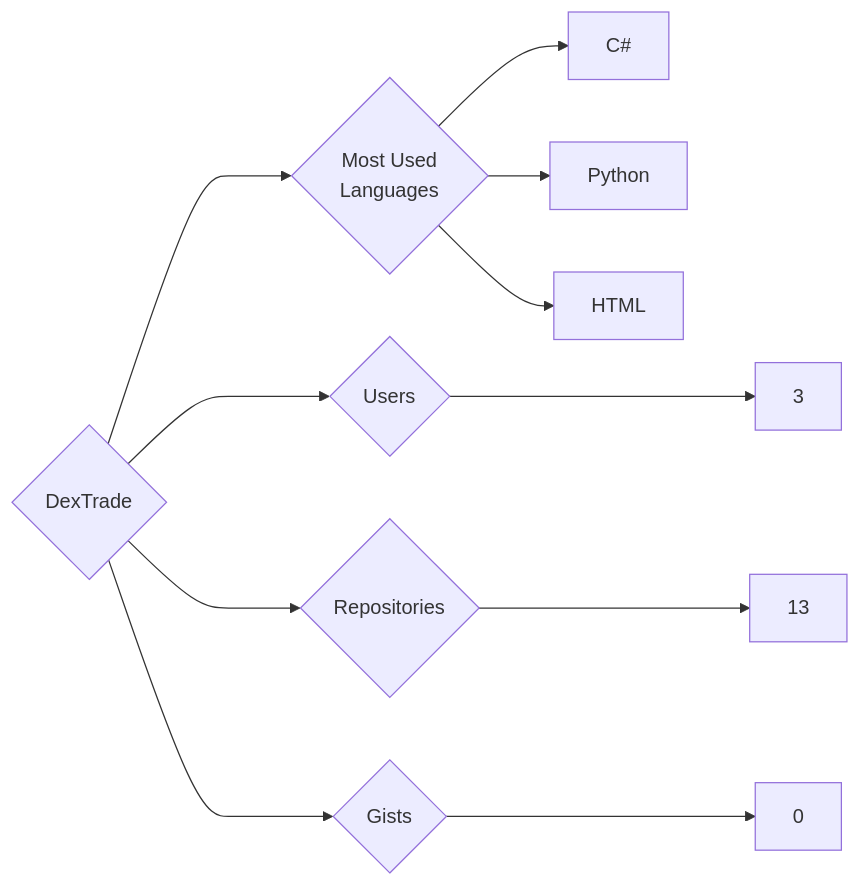
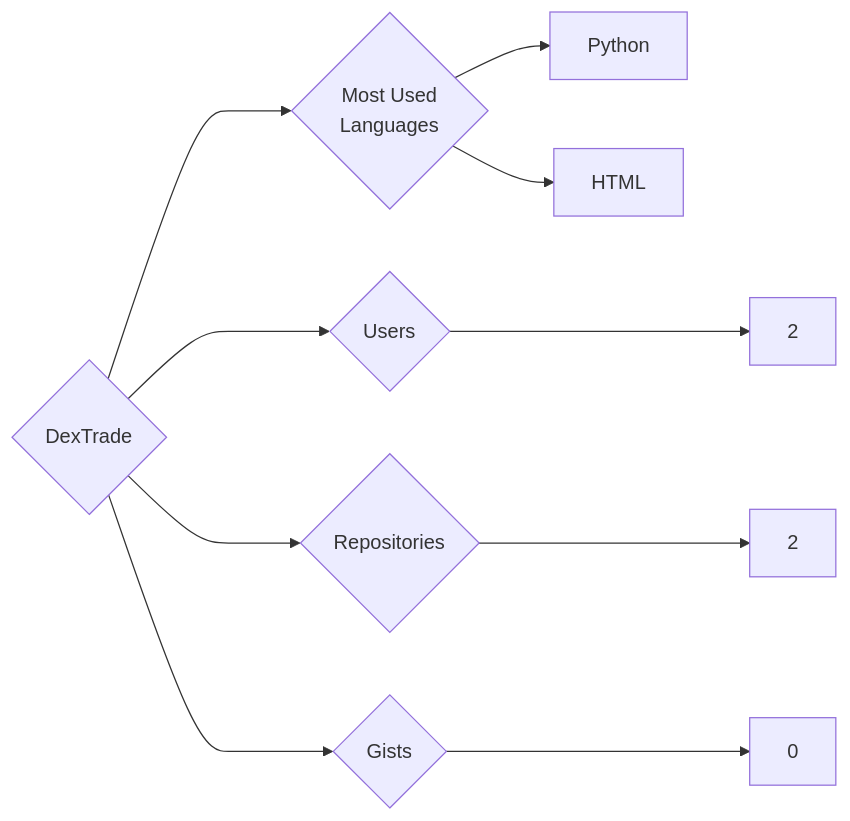
The diagram in targets/DexTrade/README.md (trickest/insiders), drawn with Mermaid before and after one commit. The commit also changed 1003 other files, not shown here.

````diff
--- a/targets/DexTrade/README.md
+++ b/targets/DexTrade/README.md
@@ -3,11 +3,10 @@
 ```mermaid
 graph LR
 COMPANY_NAME{DexTrade}
-COMPANY_NAME ---> U{Users} ---> UN[3]
-COMPANY_NAME ---> R{Repositories} ---> RN[13]
+COMPANY_NAME ---> U{Users} ---> UN[2]
+COMPANY_NAME ---> R{Repositories} ---> RN[2]
 COMPANY_NAME ---> G{Gists} ---> GN[0]
 COMPANY_NAME ---> ML{Most Used<br>Languages}
-ML --> C#[C#]
 ML --> Python[Python]
 ML --> HTML[HTML]
 ```
````
